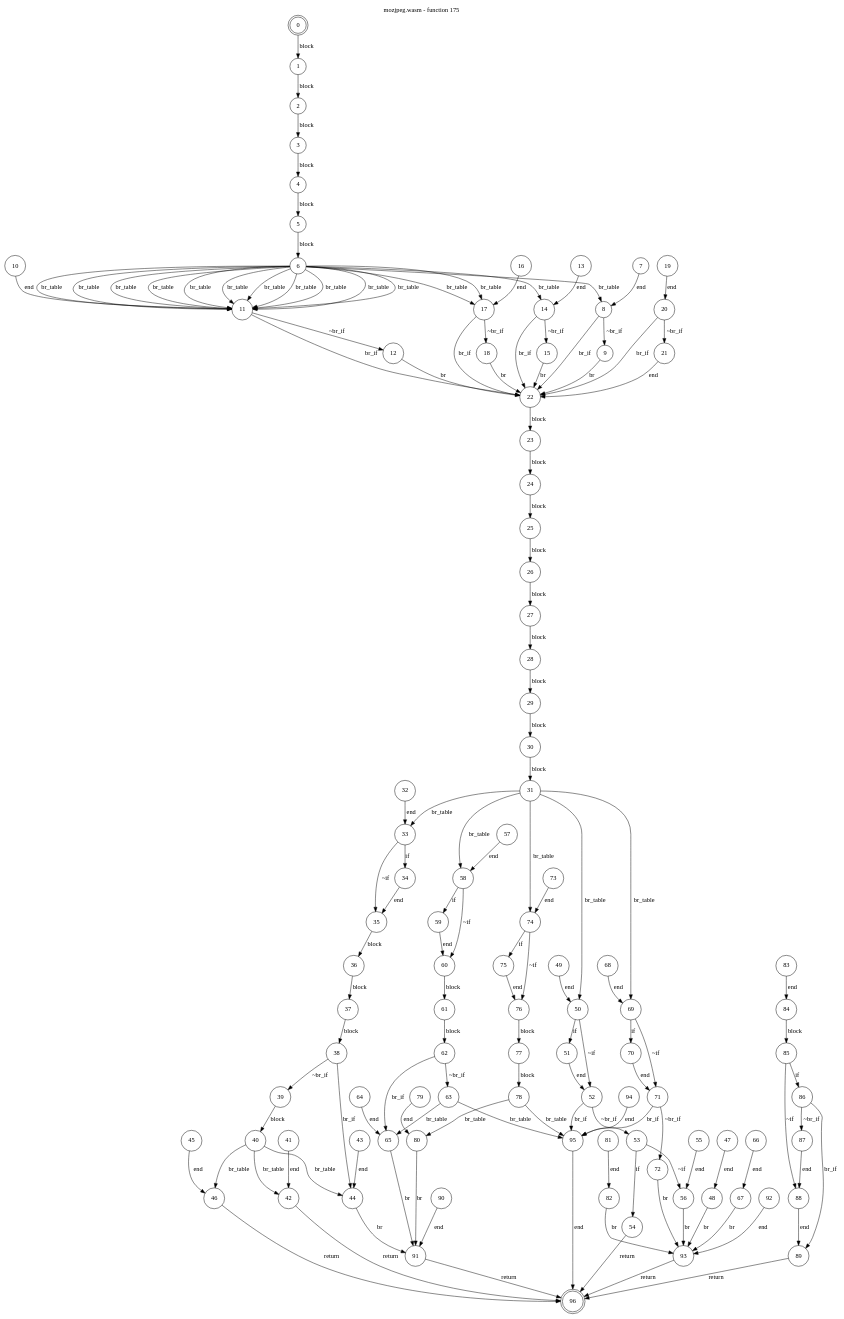
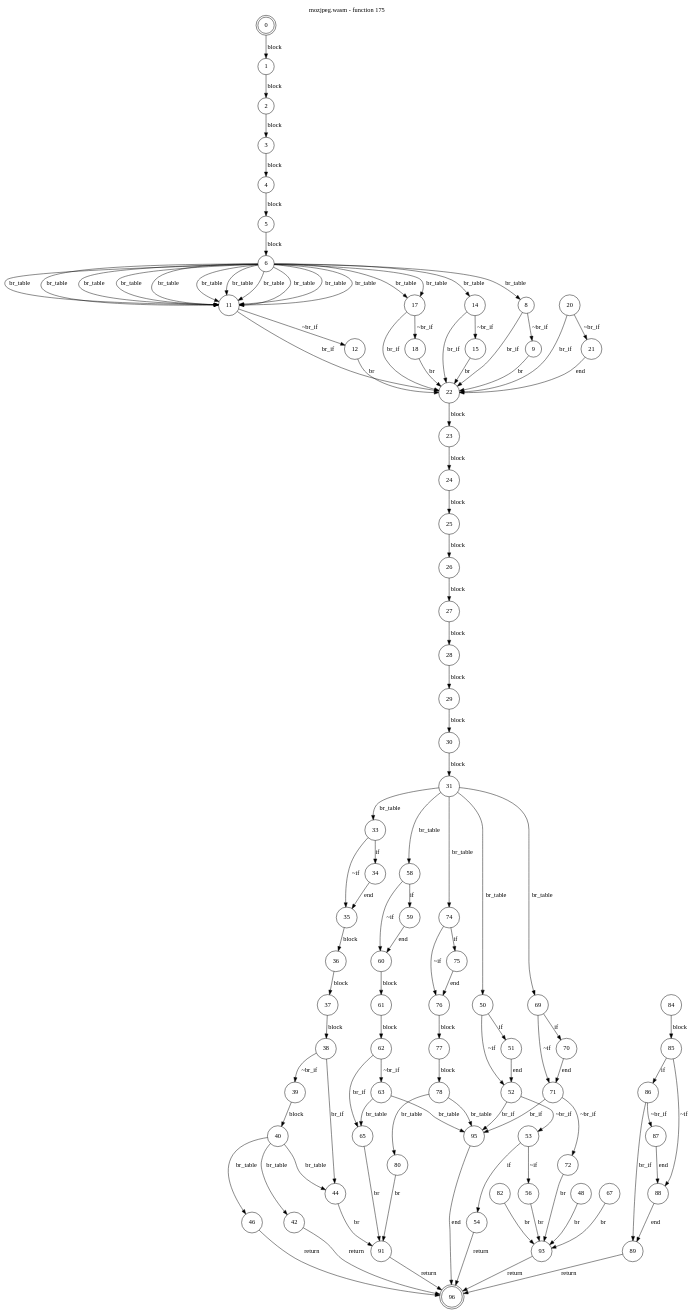
Before and after one commit to jsCarleton/wanalyze: the diagram in test_cases/mozjpeg/funcs/mozjpeg-func175.dot, drawn with Graphviz. The commit also changed 1234 other files, not shown here.

Commit message:
Don't display nodes with no successors in the flow graph

```diff
--- a/test_cases/mozjpeg/funcs/mozjpeg-func175.dot
+++ b/test_cases/mozjpeg/funcs/mozjpeg-func175.dot
@@ -1,144 +1,121 @@
 digraph finite_state_machine {
     label = "mozjpeg.wasm - function 175"
     labelloc =  t
     labelfontsize = 16
     labelfontcolor = black
     labelfontname = "Helvetica"
     node [shape = doublecircle]; 0 96;
     node [shape = circle];
-    0 -> 1[label = "block"];
-    1 -> 2[label = "block"];
-    2 -> 3[label = "block"];
-    3 -> 4[label = "block"];
-    4 -> 5[label = "block"];
-    5 -> 6[label = "block"];
-    6 -> 11[label = "br_table"];
-    6 -> 11[label = "br_table"];
-    6 -> 11[label = "br_table"];
-    6 -> 11[label = "br_table"];
-    6 -> 11[label = "br_table"];
-    6 -> 11[label = "br_table"];
-    6 -> 11[label = "br_table"];
-    6 -> 11[label = "br_table"];
-    6 -> 11[label = "br_table"];
-    6 -> 11[label = "br_table"];
-    6 -> 17[label = "br_table"];
-    6 -> 17[label = "br_table"];
-    6 -> 14[label = "br_table"];
-    6 -> 11[label = "br_table"];
-    6 -> 8[label = "br_table"];
-    7 -> 8[label = "end"];
-    8 -> 9[label = "~br_if"];
-    8 -> 22[label = "br_if"];
-    9 -> 22[label = "br"];
-    10 -> 11[label = "end"];
-    11 -> 12[label = "~br_if"];
-    11 -> 22[label = "br_if"];
-    12 -> 22[label = "br"];
-    13 -> 14[label = "end"];
-    14 -> 15[label = "~br_if"];
-    14 -> 22[label = "br_if"];
-    15 -> 22[label = "br"];
-    16 -> 17[label = "end"];
-    17 -> 18[label = "~br_if"];
-    17 -> 22[label = "br_if"];
-    18 -> 22[label = "br"];
-    19 -> 20[label = "end"];
-    20 -> 21[label = "~br_if"];
-    20 -> 22[label = "br_if"];
-    21 -> 22[label = "end"];
-    22 -> 23[label = "block"];
-    23 -> 24[label = "block"];
-    24 -> 25[label = "block"];
-    25 -> 26[label = "block"];
-    26 -> 27[label = "block"];
-    27 -> 28[label = "block"];
-    28 -> 29[label = "block"];
-    29 -> 30[label = "block"];
-    30 -> 31[label = "block"];
-    31 -> 74[label = "br_table"];
-    31 -> 69[label = "br_table"];
-    31 -> 58[label = "br_table"];
-    31 -> 50[label = "br_table"];
-    31 -> 33[label = "br_table"];
-    32 -> 33[label = "end"];
-    33 -> 34[label = "if"];
-    33 -> 35[label = "~if"];
-    34 -> 35[label = "end"];
-    35 -> 36[label = "block"];
-    36 -> 37[label = "block"];
-    37 -> 38[label = "block"];
-    38 -> 39[label = "~br_if"];
-    38 -> 44[label = "br_if"];
-    39 -> 40[label = "block"];
-    40 -> 46[label = "br_table"];
-    40 -> 44[label = "br_table"];
-    40 -> 42[label = "br_table"];
-    41 -> 42[label = "end"];
-    42 -> 96[label = "return"];
-    43 -> 44[label = "end"];
-    44 -> 91[label = "br"];
-    45 -> 46[label = "end"];
-    46 -> 96[label = "return"];
-    47 -> 48[label = "end"];
-    48 -> 93[label = "br"];
-    49 -> 50[label = "end"];
-    50 -> 51[label = "if"];
-    50 -> 52[label = "~if"];
-    51 -> 52[label = "end"];
-    52 -> 53[label = "~br_if"];
-    52 -> 95[label = "br_if"];
-    53 -> 54[label = "if"];
-    53 -> 56[label = "~if"];
-    54 -> 96[label = "return"];
-    55 -> 56[label = "end"];
-    56 -> 93[label = "br"];
-    57 -> 58[label = "end"];
-    58 -> 59[label = "if"];
-    58 -> 60[label = "~if"];
-    59 -> 60[label = "end"];
-    60 -> 61[label = "block"];
-    61 -> 62[label = "block"];
-    62 -> 63[label = "~br_if"];
-    62 -> 65[label = "br_if"];
-    63 -> 95[label = "br_table"];
-    63 -> 65[label = "br_table"];
-    64 -> 65[label = "end"];
-    65 -> 91[label = "br"];
-    66 -> 67[label = "end"];
-    67 -> 93[label = "br"];
-    68 -> 69[label = "end"];
-    69 -> 70[label = "if"];
-    69 -> 71[label = "~if"];
-    70 -> 71[label = "end"];
-    71 -> 72[label = "~br_if"];
-    71 -> 95[label = "br_if"];
-    72 -> 93[label = "br"];
-    73 -> 74[label = "end"];
-    74 -> 75[label = "if"];
-    74 -> 76[label = "~if"];
-    75 -> 76[label = "end"];
-    76 -> 77[label = "block"];
-    77 -> 78[label = "block"];
-    78 -> 95[label = "br_table"];
-    78 -> 80[label = "br_table"];
-    79 -> 80[label = "end"];
-    80 -> 91[label = "br"];
-    81 -> 82[label = "end"];
-    82 -> 93[label = "br"];
-    83 -> 84[label = "end"];
-    84 -> 85[label = "block"];
-    85 -> 86[label = "if"];
-    85 -> 88[label = "~if"];
-    86 -> 87[label = "~br_if"];
-    86 -> 89[label = "br_if"];
-    87 -> 88[label = "end"];
-    88 -> 89[label = "end"];
-    89 -> 96[label = "return"];
-    90 -> 91[label = "end"];
-    91 -> 96[label = "return"];
-    92 -> 93[label = "end"];
-    93 -> 96[label = "return"];
-    94 -> 95[label = "end"];
-    95 -> 96[label = "end"];
+    0 -> 1[label="block"];
+    1 -> 2[label="block"];
+    2 -> 3[label="block"];
+    3 -> 4[label="block"];
+    4 -> 5[label="block"];
+    5 -> 6[label="block"];
+    6 -> 11[label="br_table"];
+    6 -> 11[label="br_table"];
+    6 -> 11[label="br_table"];
+    6 -> 11[label="br_table"];
+    6 -> 11[label="br_table"];
+    6 -> 11[label="br_table"];
+    6 -> 11[label="br_table"];
+    6 -> 11[label="br_table"];
+    6 -> 11[label="br_table"];
+    6 -> 11[label="br_table"];
+    6 -> 17[label="br_table"];
+    6 -> 17[label="br_table"];
+    6 -> 14[label="br_table"];
+    6 -> 11[label="br_table"];
+    6 -> 8[label="br_table"];
+    8 -> 9[label="~br_if"];
+    8 -> 22[label="br_if"];
+    9 -> 22[label="br"];
+    11 -> 12[label="~br_if"];
+    11 -> 22[label="br_if"];
+    12 -> 22[label="br"];
+    14 -> 15[label="~br_if"];
+    14 -> 22[label="br_if"];
+    15 -> 22[label="br"];
+    17 -> 18[label="~br_if"];
+    17 -> 22[label="br_if"];
+    18 -> 22[label="br"];
+    20 -> 21[label="~br_if"];
+    20 -> 22[label="br_if"];
+    21 -> 22[label="end"];
+    22 -> 23[label="block"];
+    23 -> 24[label="block"];
+    24 -> 25[label="block"];
+    25 -> 26[label="block"];
+    26 -> 27[label="block"];
+    27 -> 28[label="block"];
+    28 -> 29[label="block"];
+    29 -> 30[label="block"];
+    30 -> 31[label="block"];
+    31 -> 74[label="br_table"];
+    31 -> 69[label="br_table"];
+    31 -> 58[label="br_table"];
+    31 -> 50[label="br_table"];
+    31 -> 33[label="br_table"];
+    33 -> 34[label="if"];
+    33 -> 35[label="~if"];
+    34 -> 35[label="end"];
+    35 -> 36[label="block"];
+    36 -> 37[label="block"];
+    37 -> 38[label="block"];
+    38 -> 39[label="~br_if"];
+    38 -> 44[label="br_if"];
+    39 -> 40[label="block"];
+    40 -> 46[label="br_table"];
+    40 -> 44[label="br_table"];
+    40 -> 42[label="br_table"];
+    42 -> 96[label="return"];
+    44 -> 91[label="br"];
+    46 -> 96[label="return"];
+    48 -> 93[label="br"];
+    50 -> 51[label="if"];
+    50 -> 52[label="~if"];
+    51 -> 52[label="end"];
+    52 -> 53[label="~br_if"];
+    52 -> 95[label="br_if"];
+    53 -> 54[label="if"];
+    53 -> 56[label="~if"];
+    54 -> 96[label="return"];
+    56 -> 93[label="br"];
+    58 -> 59[label="if"];
+    58 -> 60[label="~if"];
+    59 -> 60[label="end"];
+    60 -> 61[label="block"];
+    61 -> 62[label="block"];
+    62 -> 63[label="~br_if"];
+    62 -> 65[label="br_if"];
+    63 -> 95[label="br_table"];
+    63 -> 65[label="br_table"];
+    65 -> 91[label="br"];
+    67 -> 93[label="br"];
+    69 -> 70[label="if"];
+    69 -> 71[label="~if"];
+    70 -> 71[label="end"];
+    71 -> 72[label="~br_if"];
+    71 -> 95[label="br_if"];
+    72 -> 93[label="br"];
+    74 -> 75[label="if"];
+    74 -> 76[label="~if"];
+    75 -> 76[label="end"];
+    76 -> 77[label="block"];
+    77 -> 78[label="block"];
+    78 -> 95[label="br_table"];
+    78 -> 80[label="br_table"];
+    80 -> 91[label="br"];
+    82 -> 93[label="br"];
+    84 -> 85[label="block"];
+    85 -> 86[label="if"];
+    85 -> 88[label="~if"];
+    86 -> 87[label="~br_if"];
+    86 -> 89[label="br_if"];
+    87 -> 88[label="end"];
+    88 -> 89[label="end"];
+    89 -> 96[label="return"];
+    91 -> 96[label="return"];
+    93 -> 96[label="return"];
+    95 -> 96[label="end"];
 }
```
